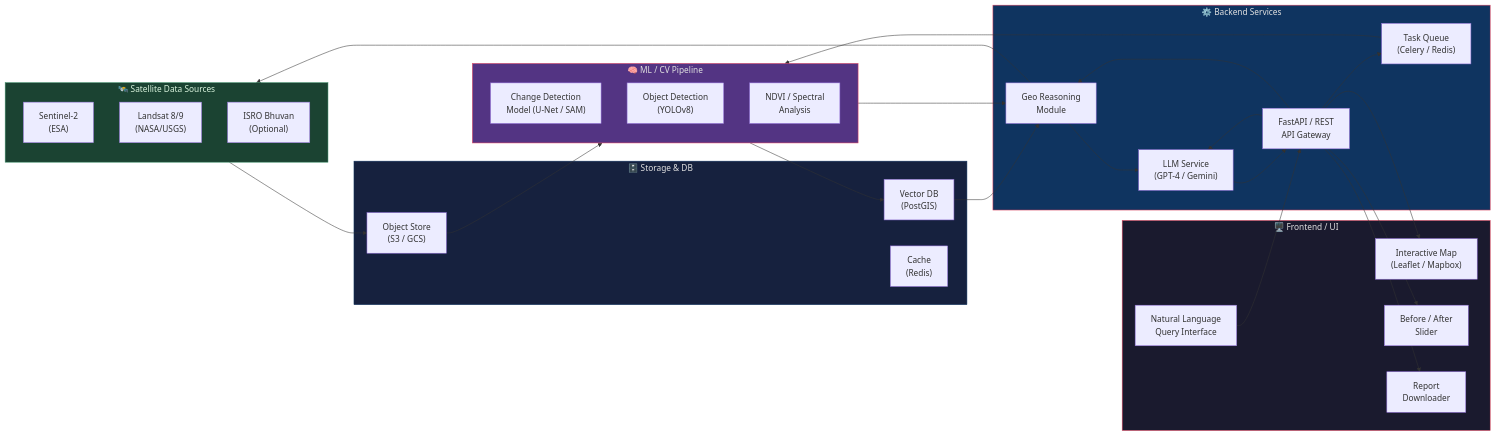
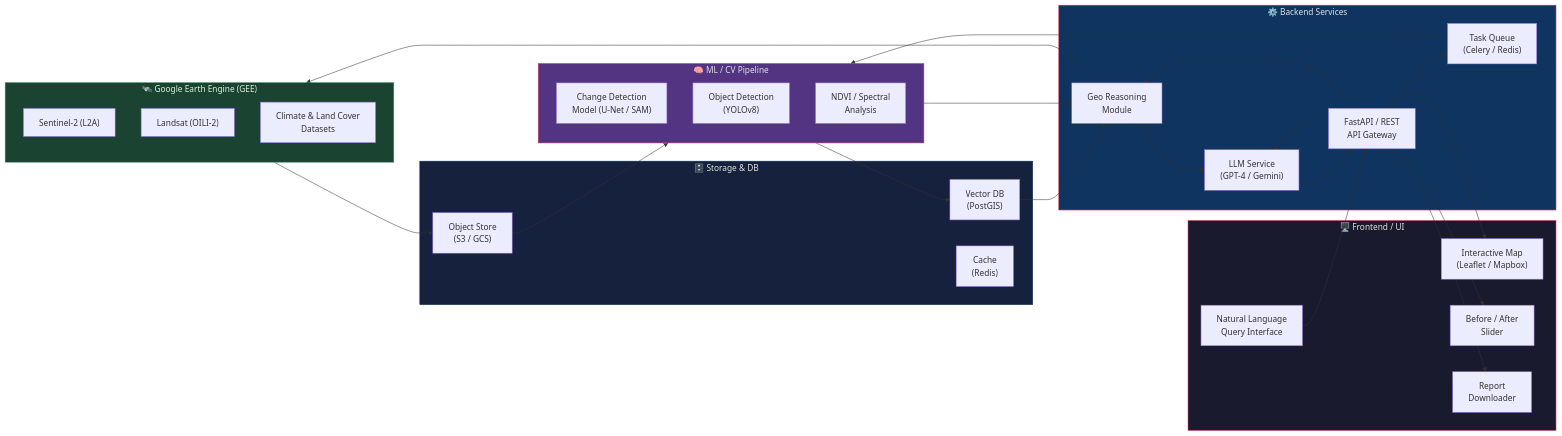
One commit to gouthamlingoju/Design-A-Thon changed the third of 3 diagrams in Readme.MD. Above: the diagram before and after it, drawn with Mermaid. The commit also changed other lines of this file, not shown here.

````diff
--- a/Readme.MD
+++ b/Readme.MD
@@ -96,53 +96,53 @@
 ```mermaid
 graph LR
     subgraph Frontend["🖥️ Frontend / UI"]
         UI1["Natural Language\nQuery Interface"]
         UI2["Interactive Map\n(Leaflet / Mapbox)"]
         UI3["Before / After\nSlider"]
         UI4["Report\nDownloader"]
     end
 
     subgraph Backend["⚙️ Backend Services"]
         B1["FastAPI / REST\nAPI Gateway"]
         B2["LLM Service\n(GPT-4 / Gemini)"]
         B3["Geo Reasoning\nModule"]
         B4["Task Queue\n(Celery / Redis)"]
     end
 
     subgraph MLPipeline["🧠 ML / CV Pipeline"]
         ML1["Change Detection\nModel (U-Net / SAM)"]
         ML2["Object Detection\n(YOLOv8)"]
         ML3["NDVI / Spectral\nAnalysis"]
     end
 
-    subgraph DataSources["🛰️ Satellite Data Sources"]
-        DS1["Sentinel-2\n(ESA)"]
-        DS2["Landsat 8/9\n(NASA/USGS)"]
-        DS3["ISRO Bhuvan\n(Optional)"]
+    subgraph DataSources["🛰️ Google Earth Engine (GEE)"]
+        GEE1["Sentinel-2 (L2A)"]
+        GEE2["Landsat (OILI-2)"]
+        GEE3["Climate & Land Cover\nDatasets"]
     end
 
     subgraph Storage["🗄️ Storage & DB"]
         ST1["Object Store\n(S3 / GCS)"]
         ST2["Vector DB\n(PostGIS)"]
         ST3["Cache\n(Redis)"]
     end
 
     UI1 --> B1
     B1 --> B2 & B3 & B4
     B3 --> DataSources
     B4 --> MLPipeline
     MLPipeline --> B3
     B3 --> B2
     B2 --> B1
     B1 --> UI2 & UI3 & UI4
     DataSources --> ST1
     ST1 --> MLPipeline
     MLPipeline --> ST2
     ST2 --> B3
 
     style Frontend fill:#1a1a2e,stroke:#e94560,color:#e0e0e0
     style Backend fill:#0f3460,stroke:#e94560,color:#e0e0e0
     style MLPipeline fill:#533483,stroke:#e94560,color:#e0e0e0
     style DataSources fill:#1b4332,stroke:#40916c,color:#d8f3dc
     style Storage fill:#16213e,stroke:#0f3460,color:#e0e0e0
 ```
````
